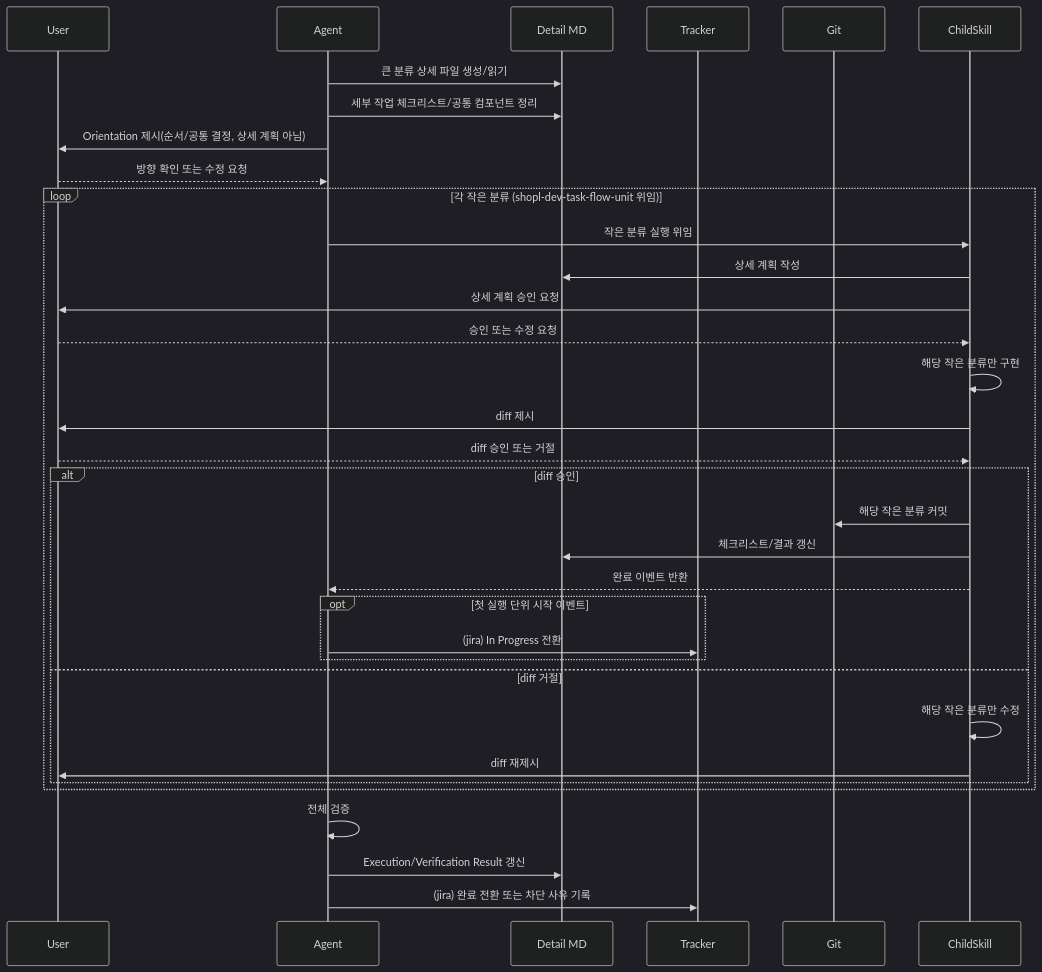
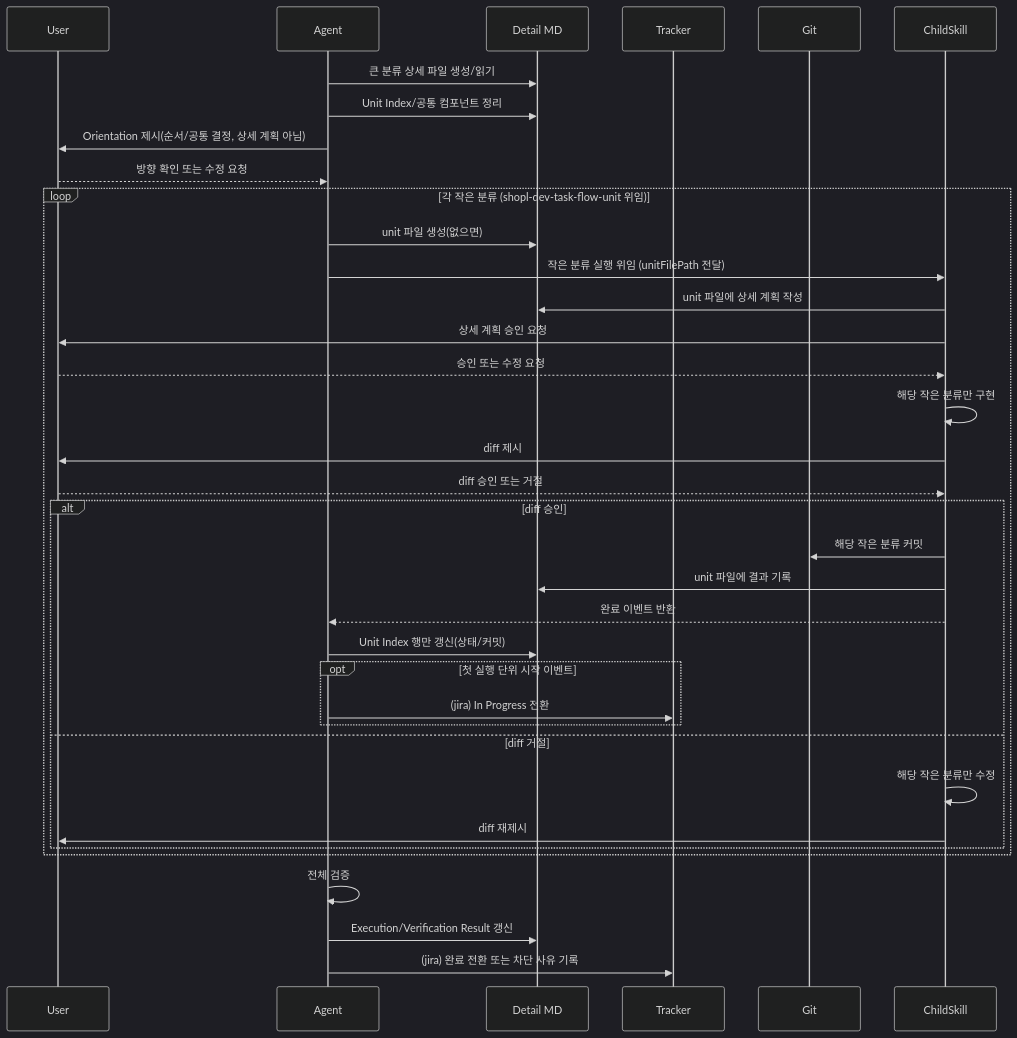
The diagram in skills/shopl/shopl-dev-task-flow/SKILL.md (e-build/my-agent-prompt), drawn with Mermaid (dark theme) before and after one commit. The commit also changed other lines of this file and 1 other file, not shown here.

First line of the commit message:
feat(skills): task-flow unit 파일 분리 구조 반영

````diff
--- a/skills/shopl/shopl-dev-task-flow/SKILL.md
+++ b/skills/shopl/shopl-dev-task-flow/SKILL.md
@@ -381,40 +387,42 @@
 ```mermaid
 sequenceDiagram
     participant U as User
     participant A as Agent
     participant D as Detail MD
     participant T as Tracker
     participant G as Git
     participant C as ChildSkill
 
     A->>D: 큰 분류 상세 파일 생성/읽기
-    A->>D: 세부 작업 체크리스트/공통 컴포넌트 정리
+    A->>D: Unit Index/공통 컴포넌트 정리
     A->>U: Orientation 제시(순서/공통 결정, 상세 계획 아님)
     U-->>A: 방향 확인 또는 수정 요청
 
     loop 각 작은 분류 (shopl-dev-task-flow-unit 위임)
-        A->>C: 작은 분류 실행 위임
+        A->>D: unit 파일 생성(없으면)
+        A->>C: 작은 분류 실행 위임 (unitFilePath 전달)
 
-        C->>D: 상세 계획 작성
+        C->>D: unit 파일에 상세 계획 작성
         C->>U: 상세 계획 승인 요청
         U-->>C: 승인 또는 수정 요청
         C->>C: 해당 작은 분류만 구현
         C->>U: diff 제시
         U-->>C: diff 승인 또는 거절
         alt diff 승인
             C->>G: 해당 작은 분류 커밋
-            C->>D: 체크리스트/결과 갱신
+            C->>D: unit 파일에 결과 기록
             C-->>A: 완료 이벤트 반환
+            A->>D: Unit Index 행만 갱신(상태/커밋)
             opt 첫 실행 단위 시작 이벤트
                 A->>T: (jira) In Progress 전환
             end
         else diff 거절
             C->>C: 해당 작은 분류만 수정
             C->>U: diff 재제시
         end
     end
 
     A->>A: 전체 검증
     A->>D: Execution/Verification Result 갱신
     A->>T: (jira) 완료 전환 또는 차단 사유 기록
 ```
````
